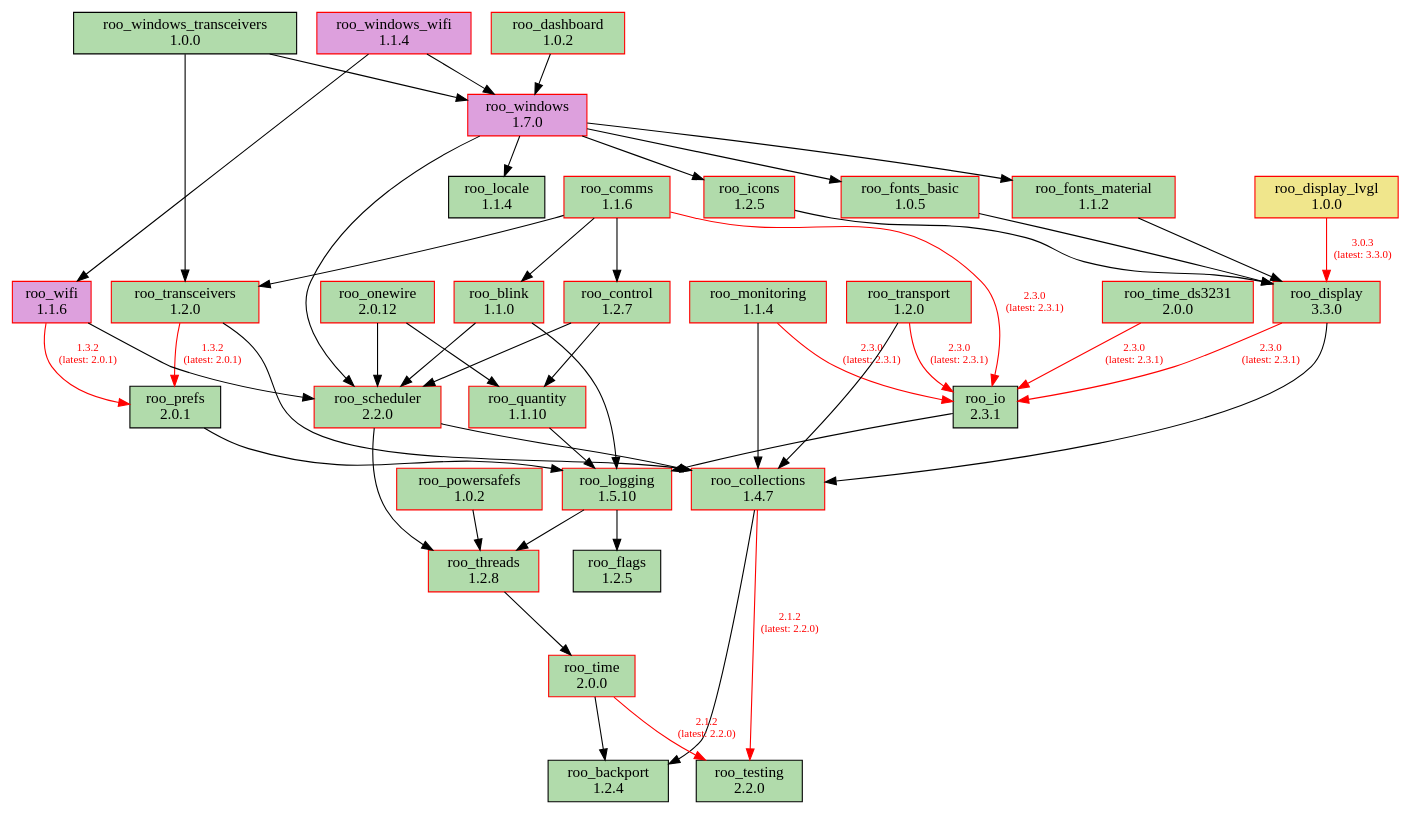
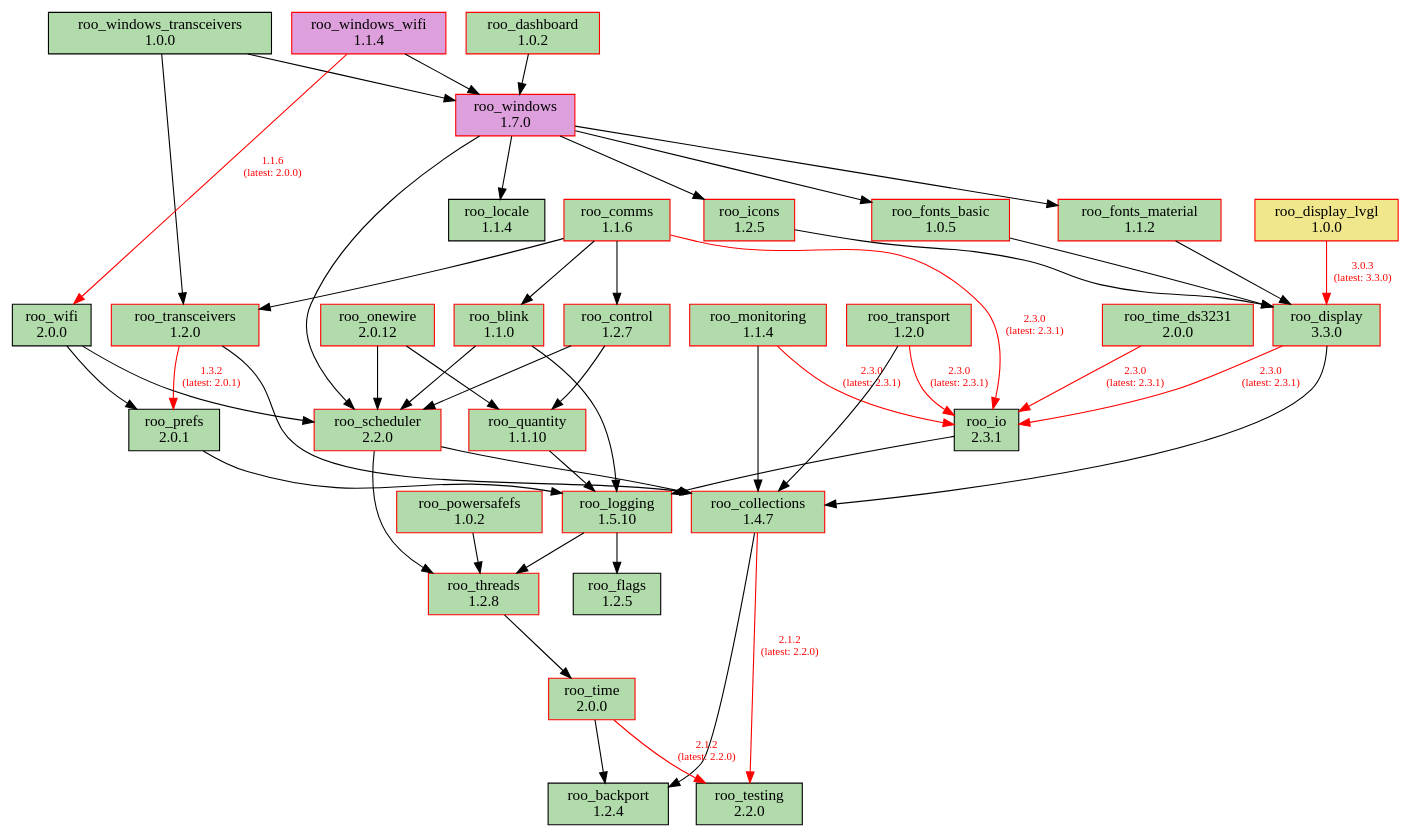
Before and after one commit to dejwk/roo-registry: the diagram in doc/dependencies.dot, drawn with Graphviz. The commit also changed 3 other files, not shown here.

Commit message:
Added roo_wifi 2.0.0 to the registry.

```diff
--- a/doc/dependencies.dot
+++ b/doc/dependencies.dot
@@ -1,88 +1,88 @@
 digraph dependencies {
     rankdir=TB;
     node [shape=box, style=filled];
     edge [fontsize=10];
 
     // Modules
     "roo_backport" [label="roo_backport\n1.2.4", fillcolor="#b1dbab", color="black"];
     "roo_blink" [label="roo_blink\n1.1.0", fillcolor="#b1dbab", color="red"];
     "roo_collections" [label="roo_collections\n1.4.7", fillcolor="#b1dbab", color="red"];
     "roo_comms" [label="roo_comms\n1.1.6", fillcolor="#b1dbab", color="red"];
     "roo_control" [label="roo_control\n1.2.7", fillcolor="#b1dbab", color="red"];
     "roo_dashboard" [label="roo_dashboard\n1.0.2", fillcolor="#b1dbab", color="red"];
     "roo_display" [label="roo_display\n3.3.0", fillcolor="#b1dbab", color="red"];
     "roo_display_lvgl" [label="roo_display_lvgl\n1.0.0", fillcolor="khaki", color="red"];
     "roo_flags" [label="roo_flags\n1.2.5", fillcolor="#b1dbab", color="black"];
     "roo_fonts_basic" [label="roo_fonts_basic\n1.0.5", fillcolor="#b1dbab", color="red"];
     "roo_fonts_material" [label="roo_fonts_material\n1.1.2", fillcolor="#b1dbab", color="red"];
     "roo_icons" [label="roo_icons\n1.2.5", fillcolor="#b1dbab", color="red"];
     "roo_io" [label="roo_io\n2.3.1", fillcolor="#b1dbab", color="black"];
     "roo_locale" [label="roo_locale\n1.1.4", fillcolor="#b1dbab", color="black"];
     "roo_logging" [label="roo_logging\n1.5.10", fillcolor="#b1dbab", color="red"];
     "roo_monitoring" [label="roo_monitoring\n1.1.4", fillcolor="#b1dbab", color="red"];
     "roo_onewire" [label="roo_onewire\n2.0.12", fillcolor="#b1dbab", color="red"];
     "roo_powersafefs" [label="roo_powersafefs\n1.0.2", fillcolor="#b1dbab", color="red"];
     "roo_prefs" [label="roo_prefs\n2.0.1", fillcolor="#b1dbab", color="black"];
     "roo_quantity" [label="roo_quantity\n1.1.10", fillcolor="#b1dbab", color="red"];
     "roo_scheduler" [label="roo_scheduler\n2.2.0", fillcolor="#b1dbab", color="red"];
     "roo_testing" [label="roo_testing\n2.2.0", fillcolor="#b1dbab", color="black"];
     "roo_threads" [label="roo_threads\n1.2.8", fillcolor="#b1dbab", color="red"];
     "roo_time" [label="roo_time\n2.0.0", fillcolor="#b1dbab", color="red"];
     "roo_time_ds3231" [label="roo_time_ds3231\n2.0.0", fillcolor="#b1dbab", color="red"];
     "roo_transceivers" [label="roo_transceivers\n1.2.0", fillcolor="#b1dbab", color="red"];
     "roo_transport" [label="roo_transport\n1.2.0", fillcolor="#b1dbab", color="red"];
-    "roo_wifi" [label="roo_wifi\n1.1.6", fillcolor="plum", color="red"];
+    "roo_wifi" [label="roo_wifi\n2.0.0", fillcolor="#b1dbab", color="black"];
     "roo_windows" [label="roo_windows\n1.7.0", fillcolor="plum", color="red"];
     "roo_windows_transceivers" [label="roo_windows_transceivers\n1.0.0", fillcolor="#b1dbab", color="black"];
     "roo_windows_wifi" [label="roo_windows_wifi\n1.1.4", fillcolor="plum", color="red"];
 
     // Dependencies
     "roo_blink" -> "roo_logging";
     "roo_blink" -> "roo_scheduler";
     "roo_collections" -> "roo_testing" [color=red, fontcolor=red, label="2.1.2\n(latest: 2.2.0)"];
     "roo_collections" -> "roo_backport";
     "roo_comms" -> "roo_blink";
     "roo_comms" -> "roo_control";
     "roo_comms" -> "roo_io" [color=red, fontcolor=red, label="2.3.0\n(latest: 2.3.1)"];
     "roo_comms" -> "roo_transceivers";
     "roo_control" -> "roo_quantity";
     "roo_control" -> "roo_scheduler";
     "roo_dashboard" -> "roo_windows";
     "roo_display" -> "roo_collections";
     "roo_display" -> "roo_io" [color=red, fontcolor=red, label="2.3.0\n(latest: 2.3.1)"];
     "roo_display_lvgl" -> "roo_display" [color=red, fontcolor=red, label="3.0.3\n(latest: 3.3.0)"];
     "roo_fonts_basic" -> "roo_display";
     "roo_fonts_material" -> "roo_display";
     "roo_icons" -> "roo_display";
     "roo_io" -> "roo_logging";
     "roo_logging" -> "roo_flags";
     "roo_logging" -> "roo_threads";
     "roo_monitoring" -> "roo_collections";
     "roo_monitoring" -> "roo_io" [color=red, fontcolor=red, label="2.3.0\n(latest: 2.3.1)"];
     "roo_onewire" -> "roo_scheduler";
     "roo_onewire" -> "roo_quantity";
     "roo_powersafefs" -> "roo_threads";
     "roo_prefs" -> "roo_logging";
     "roo_quantity" -> "roo_logging";
     "roo_scheduler" -> "roo_collections";
     "roo_scheduler" -> "roo_threads";
     "roo_threads" -> "roo_time";
     "roo_time" -> "roo_testing" [color=red, fontcolor=red, label="2.1.2\n(latest: 2.2.0)"];
     "roo_time" -> "roo_backport";
     "roo_time_ds3231" -> "roo_io" [color=red, fontcolor=red, label="2.3.0\n(latest: 2.3.1)"];
     "roo_transceivers" -> "roo_collections";
     "roo_transceivers" -> "roo_prefs" [color=red, fontcolor=red, label="1.3.2\n(latest: 2.0.1)"];
     "roo_transport" -> "roo_collections";
     "roo_transport" -> "roo_io" [color=red, fontcolor=red, label="2.3.0\n(latest: 2.3.1)"];
-    "roo_wifi" -> "roo_prefs" [color=red, fontcolor=red, label="1.3.2\n(latest: 2.0.1)"];
+    "roo_wifi" -> "roo_prefs";
     "roo_wifi" -> "roo_scheduler";
     "roo_windows" -> "roo_fonts_basic";
     "roo_windows" -> "roo_fonts_material";
     "roo_windows" -> "roo_locale";
     "roo_windows" -> "roo_icons";
     "roo_windows" -> "roo_scheduler";
     "roo_windows_transceivers" -> "roo_transceivers";
     "roo_windows_transceivers" -> "roo_windows";
-    "roo_windows_wifi" -> "roo_wifi";
+    "roo_windows_wifi" -> "roo_wifi" [color=red, fontcolor=red, label="1.1.6\n(latest: 2.0.0)"];
     "roo_windows_wifi" -> "roo_windows";
 }
```
